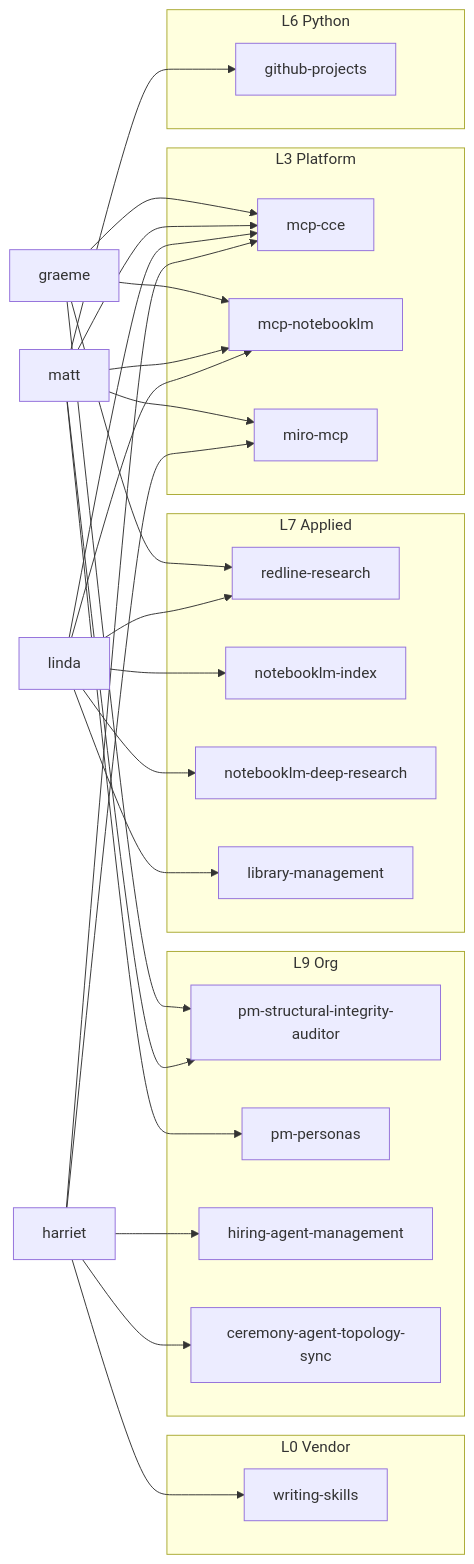
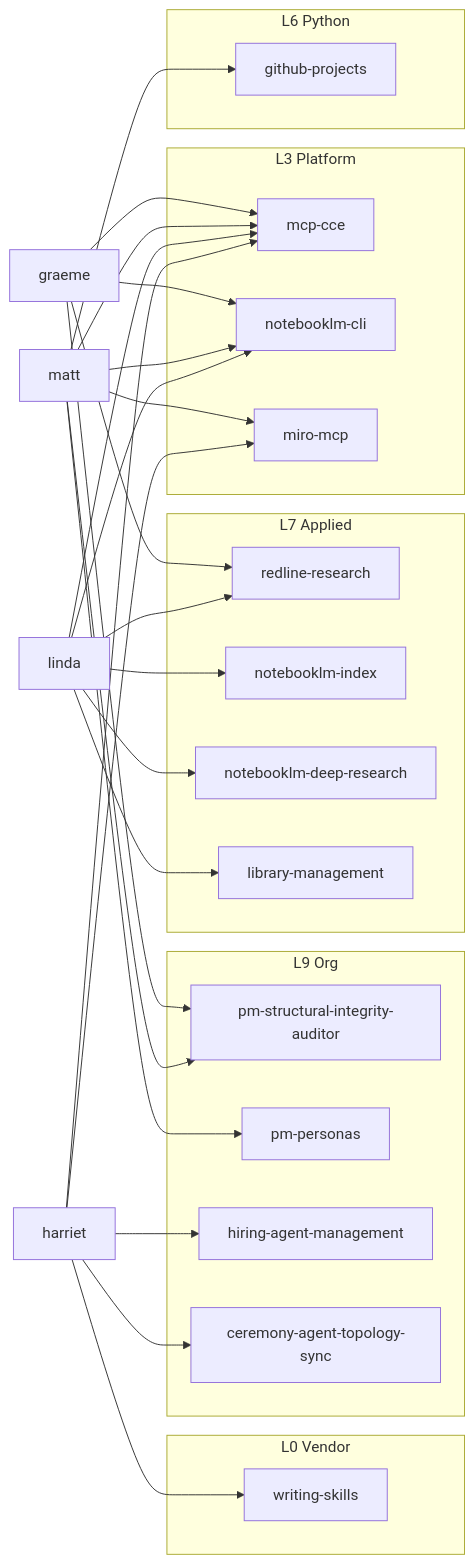
Before and after one commit to redmarklogic/redline: the third of 3 diagrams in docs/architecture/skills-architecture.md, drawn with Mermaid. The commit also changed other lines of this file and 1 other file, not shown here.

Commit message:
docs: update skills architecture and taxonomy

````diff
--- a/docs/architecture/skills-architecture.md
+++ b/docs/architecture/skills-architecture.md
@@ -411,60 +417,60 @@
 ```mermaid
 graph LR
     grm[graeme]
     mtt[matt]
     lnd[linda]
     hrr[harriet]
 
     subgraph L0[L0 Vendor]
         ws[writing-skills]
     end
 
     subgraph L3[L3 Platform]
         cce[mcp-cce]
-        nlm[mcp-notebooklm]
+        nlm[notebooklm-cli]
         mro[miro-mcp]
     end
 
     subgraph L6[L6 Python]
         ghp[github-projects]
     end
 
     subgraph L7[L7 Applied]
         rr[redline-research]
         nli[notebooklm-index]
         nld[notebooklm-deep-research]
         lib[library-management]
     end
 
     subgraph L9[L9 Org]
         psi[pm-structural-integrity-auditor]
         ppers[pm-personas]
         ham[hiring-agent-management]
         cat[ceremony-agent-topology-sync]
     end
 
     grm --> nlm
     grm --> rr
     grm --> psi
     grm --> cce
 
     mtt --> mro
     mtt --> nlm
     mtt --> psi
     mtt --> cce
     mtt --> ppers
     mtt --> ghp
 
     lnd --> lib
     lnd --> nli
     lnd --> nld
     lnd --> nlm
     lnd --> rr
     lnd --> cce
 
     hrr --> ham
     hrr --> ws
     hrr --> cat
     hrr --> mro
     hrr --> cce
 ```
````
